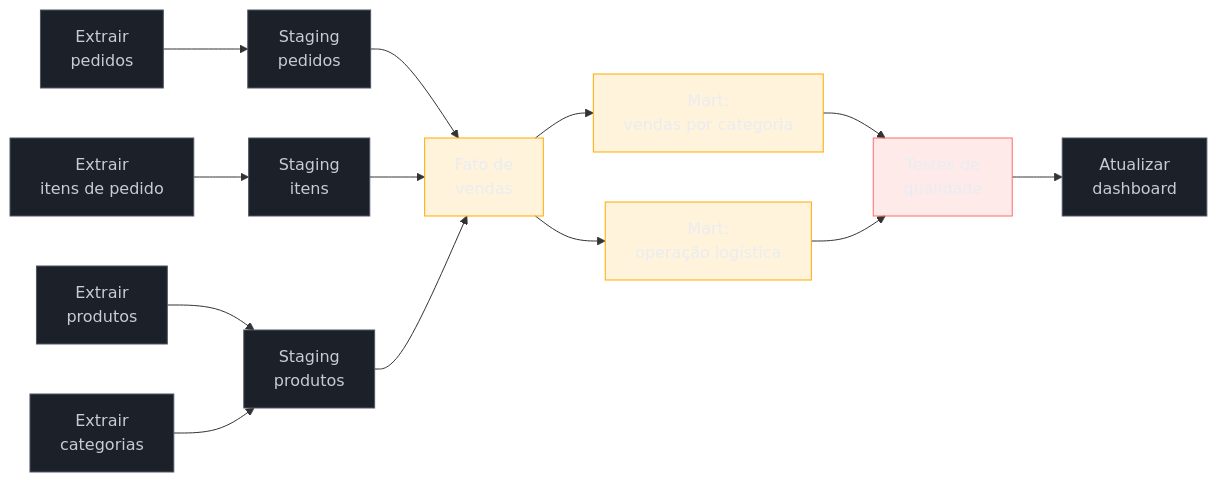
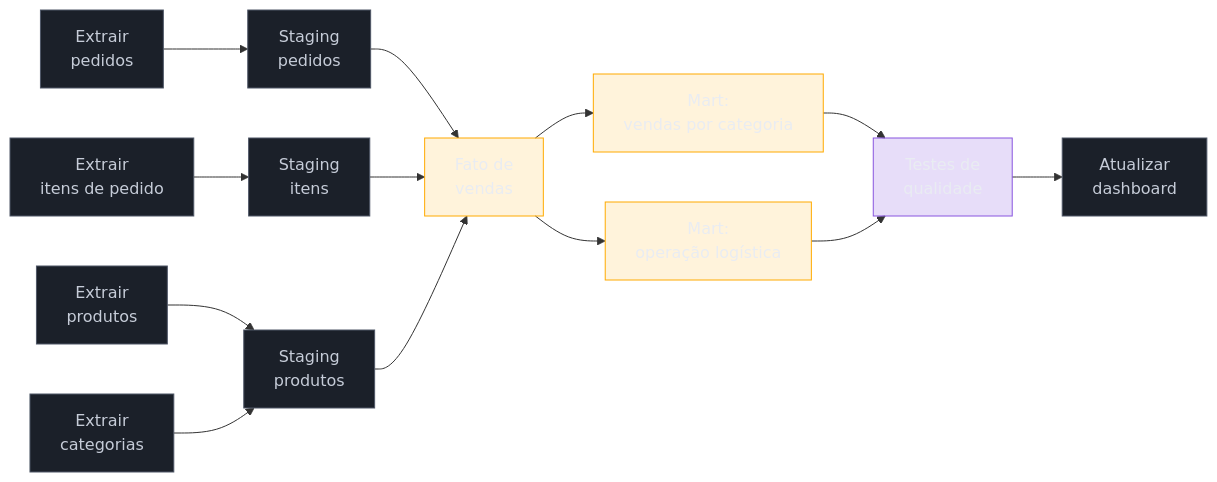
The diagram in 03-Dominios/Engenharia/Dados/3 - Pipelines - movimentação e transformação/04 - Orquestração.md (josenaldo/codex-technomanticus), drawn with Mermaid before and after one commit. The commit also changed 601 other files, not shown here.

````diff
--- a/03-Dominios/Engenharia/Dados/3 - Pipelines - movimentação e transformação/04 - Orquestração.md
+++ b/03-Dominios/Engenharia/Dados/3 - Pipelines - movimentação e transformação/04 - Orquestração.md
@@ -59,35 +59,35 @@
 ```mermaid
 graph LR
+    classDef marca fill:#8855DF33,stroke:#8855DF,color:#E9ECF2
     classDef neutro fill:#1B2029,stroke:#4E5666,color:#C6CCD8
     classDef destaque fill:#FFAA0024,stroke:#FFAA00,color:#E9ECF2
-    classDef falha fill:#FF6B6B24,stroke:#FF6B6B,color:#E9ECF2
     E1["Extrair<br/>pedidos"] --> S1["Staging<br/>pedidos"]
     E2["Extrair<br/>itens de pedido"] --> S2["Staging<br/>itens"]
     E3["Extrair<br/>produtos"] --> S3["Staging<br/>produtos"]
     E4["Extrair<br/>categorias"] --> S3
 
     S1 --> F["Fato de<br/>vendas"]
     S2 --> F
     S3 --> F
 
     F --> M1["Mart:<br/>vendas por categoria"]
     F --> M2["Mart:<br/>operação logística"]
 
     M1 --> T["Testes de<br/>qualidade"]
     M2 --> T
 
     T --> D["Atualizar<br/>dashboard"]
 
     class E1 neutro
     class E2 neutro
     class E3 neutro
     class E4 neutro
     class S1 neutro
     class S2 neutro
     class S3 neutro
     class F destaque
     class M1 destaque
     class M2 destaque
-    class T falha
+    class T marca
     class D neutro
 ```
````
